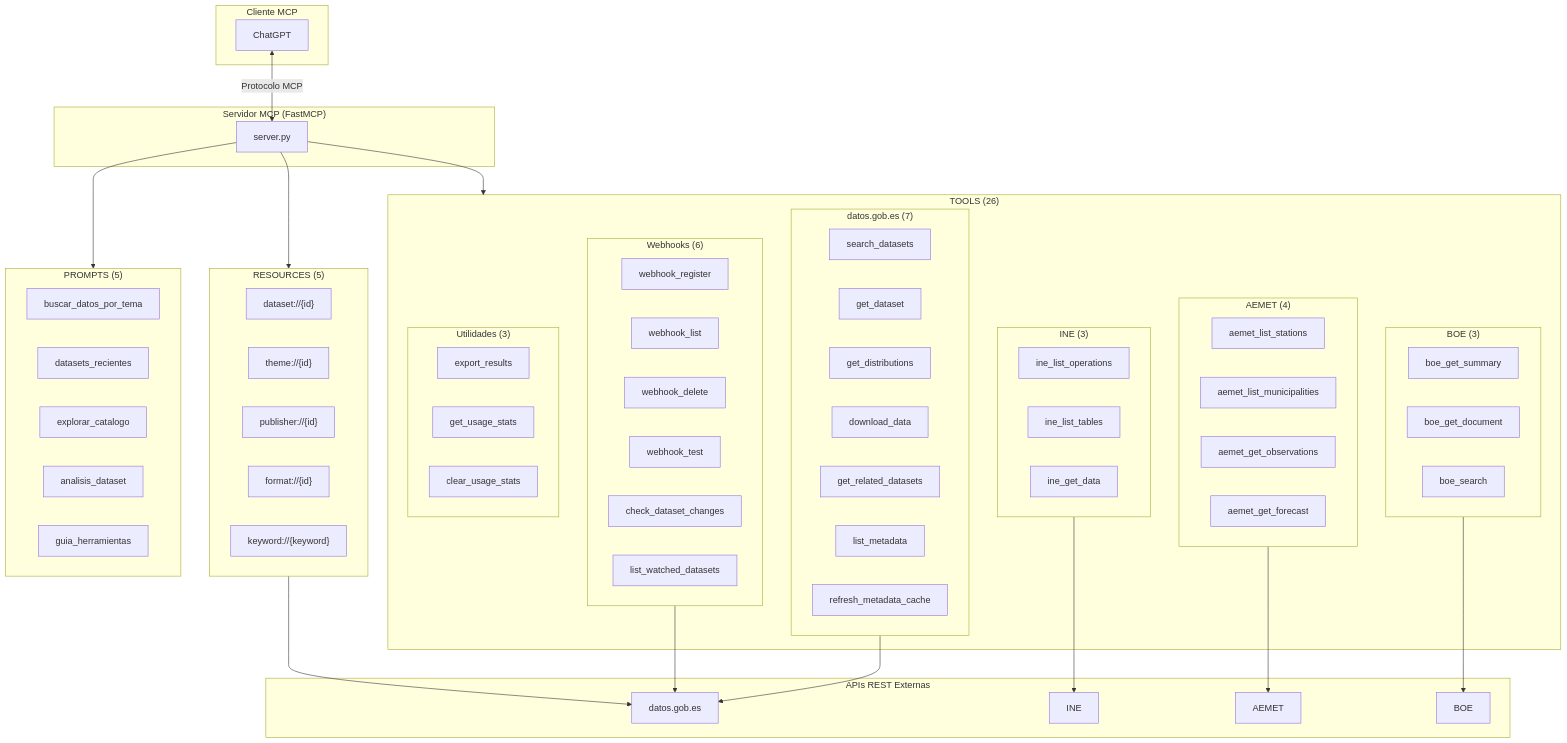
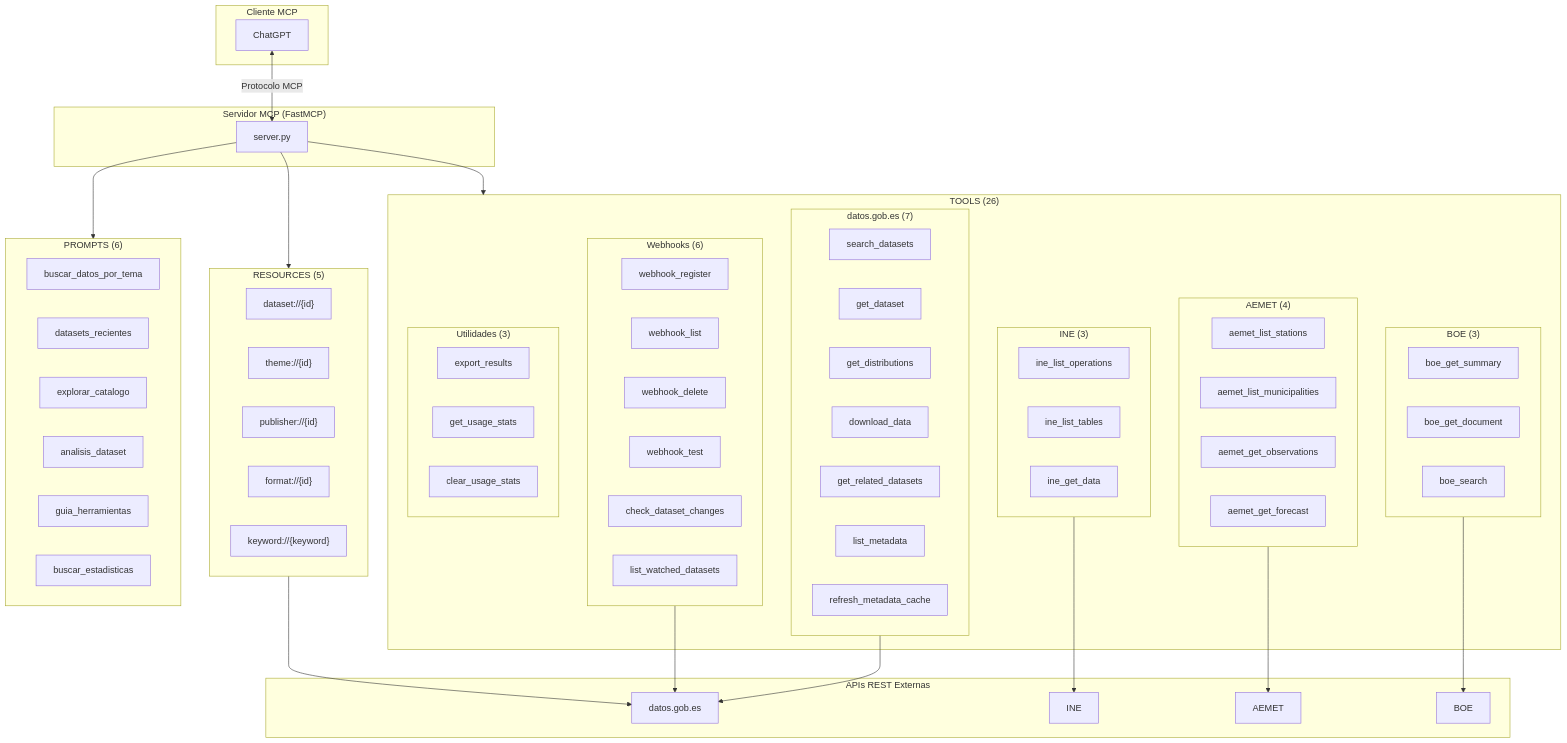
The diagram in README.md (AlbertoUAH/datos-gob-es-mcp), drawn with Mermaid before and after one commit. The commit also changed other lines of this file and 3 other files, not shown here.

```diff
--- a/README.md
+++ b/README.md
@@ -171,12 +171,13 @@
         R5["keyword://{keyword}"]
     end
 
-    subgraph Prompts["PROMPTS (5)"]
+    subgraph Prompts["PROMPTS (6)"]
         P1["buscar_datos_por_tema"]
         P2["datasets_recientes"]
         P3["explorar_catalogo"]
         P4["analisis_dataset"]
         P5["guia_herramientas"]
+        P6["buscar_estadisticas"]
     end
 
     Server --> Tools
```
